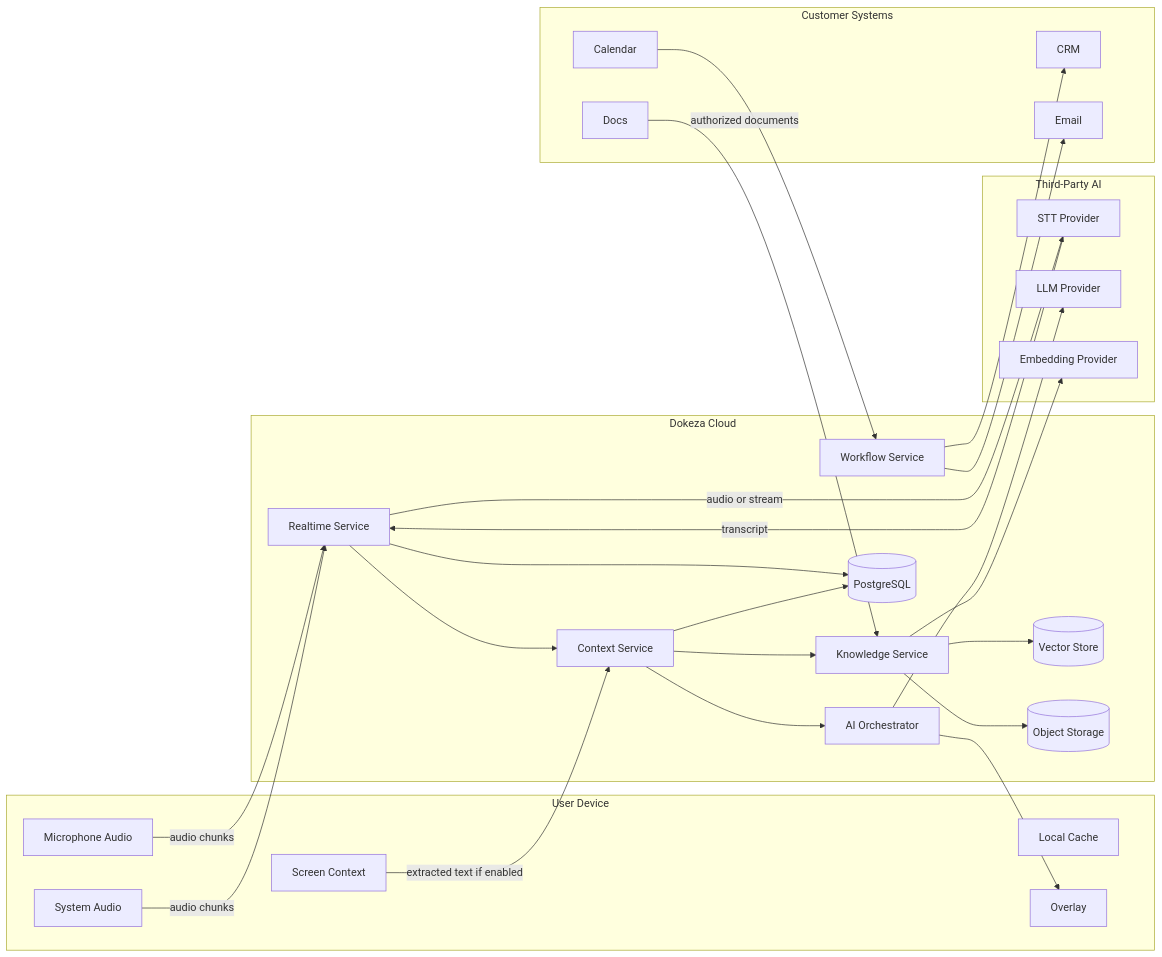
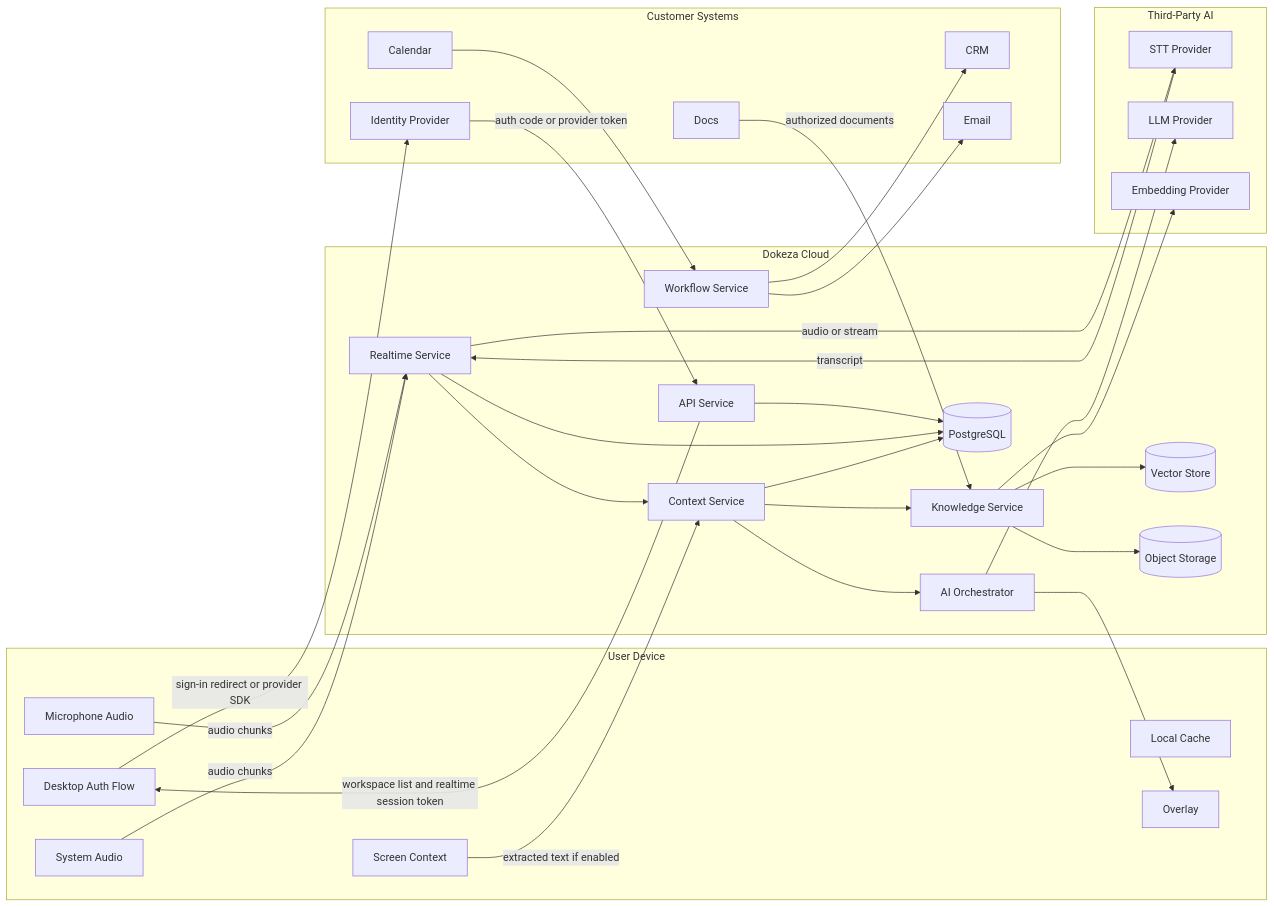
The diagram in docs/security/data_flows.md (onwardfave/dokeza), drawn with Mermaid before and after one commit. The commit also changed other lines of this file and 10 other files, not shown here.

Commit message:
docs(roadmap): reconcile audit findings

````diff
--- a/docs/security/data_flows.md
+++ b/docs/security/data_flows.md
@@ -19,54 +19,61 @@
 ```mermaid
 flowchart LR
     subgraph Device[User Device]
         Mic[Microphone Audio]
         Sys[System Audio]
         Screen[Screen Context]
         Cache[Local Cache]
         Overlay[Overlay]
+        DesktopAuth[Desktop Auth Flow]
     end
 
     subgraph Cloud[Dokeza Cloud]
+        API[API Service]
         RT[Realtime Service]
         CTX[Context Service]
         KB[Knowledge Service]
         AI[AI Orchestrator]
         WF[Workflow Service]
         DB[(PostgreSQL)]
         VS[(Vector Store)]
         OBJ[(Object Storage)]
     end
 
     subgraph AIProviders[Third-Party AI]
         STT[STT Provider]
         LLM[LLM Provider]
         EMB[Embedding Provider]
     end
 
     subgraph CustomerSystems[Customer Systems]
+        IdP[Identity Provider]
         Cal[Calendar]
         CRM[CRM]
         Docs[Docs]
         Email[Email]
     end
 
+    DesktopAuth -->|sign-in redirect or provider SDK| IdP
+    IdP -->|auth code or provider token| API
+    API -->|workspace list and realtime session token| DesktopAuth
     Mic -->|audio chunks| RT
     Sys -->|audio chunks| RT
     Screen -->|extracted text if enabled| CTX
     RT -->|audio or stream| STT
     STT -->|transcript| RT
     RT --> CTX
     Docs -->|authorized documents| KB
     KB --> EMB
     KB --> VS
     KB --> OBJ
     CTX --> KB
     CTX --> AI
     AI --> LLM
     AI --> Overlay
     WF --> CRM
     WF --> Email
     Cal --> WF
+    API --> DB
     RT --> DB
     CTX --> DB
 ```
````
